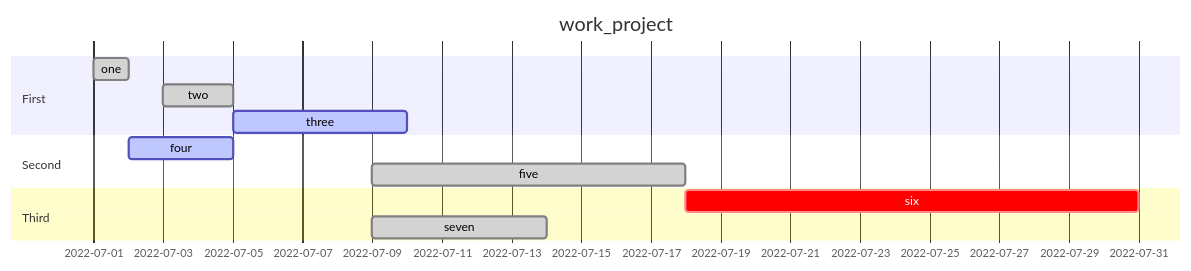
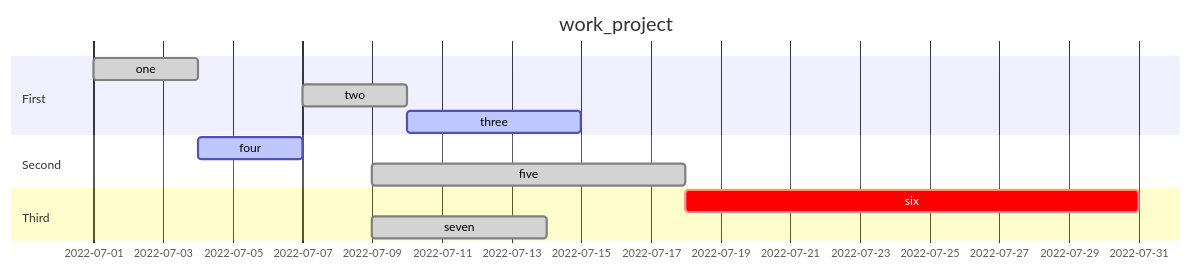
One commit to shengxi-rise/diary_book changed the fourth of 4 diagrams in README.md. Above: the diagram before and after it, drawn with Mermaid. The commit also changed other lines of this file, not shown here.

````diff
--- a/README.md
+++ b/README.md
@@ -105,19 +105,19 @@
   ```mermaid
   gantt
   dateFormat DD
   title work_project
 
   section First
-  one:done,do1,01,02
-  two:done,do2,03,05
+  one:done,do1,01,04
+  two:done,do2,07,10
   three:active,do3,after do2,5d
 
   section Second
   four:active,do4,after do1,3d
   five:done,do5,09,18
 
   section Third
   six:crit,31
   seven:done,do6,09,14
   
   ```
````
